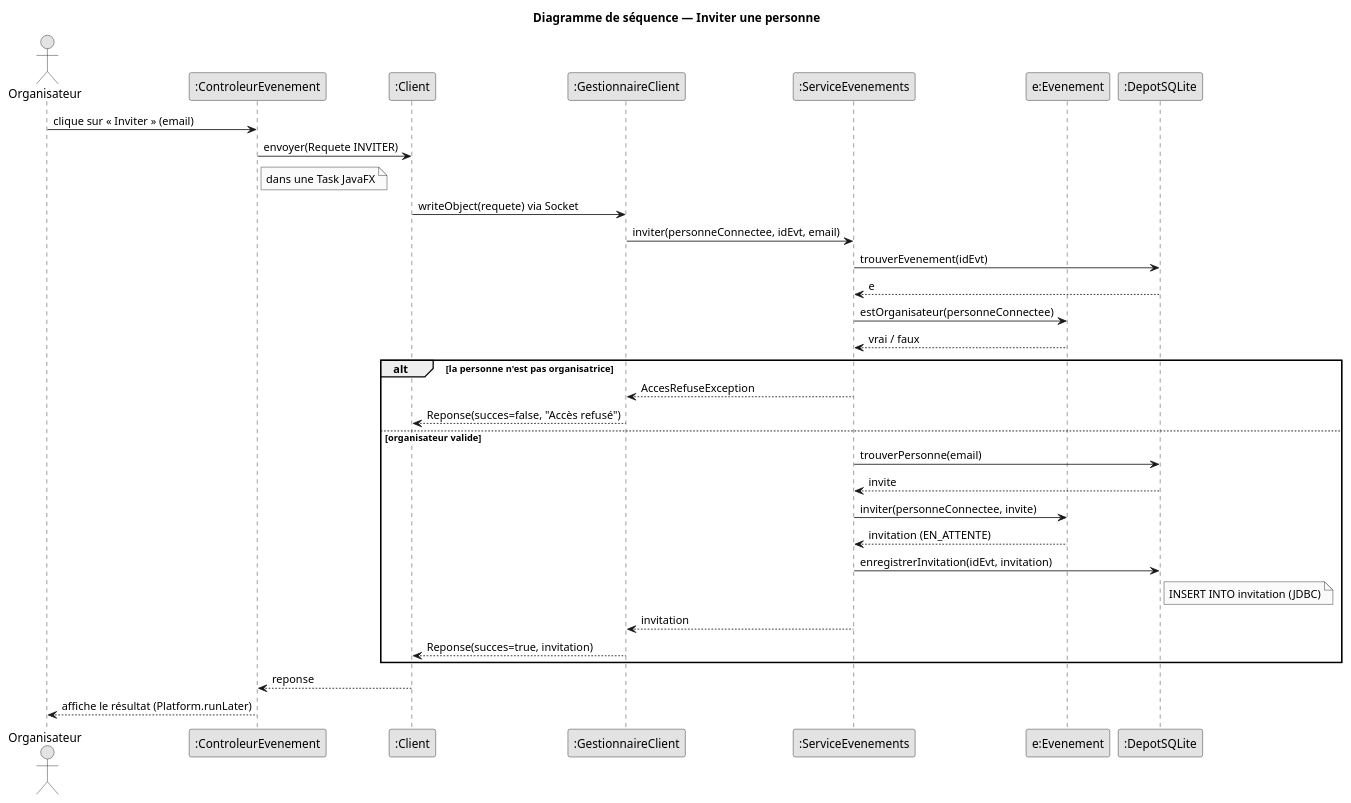
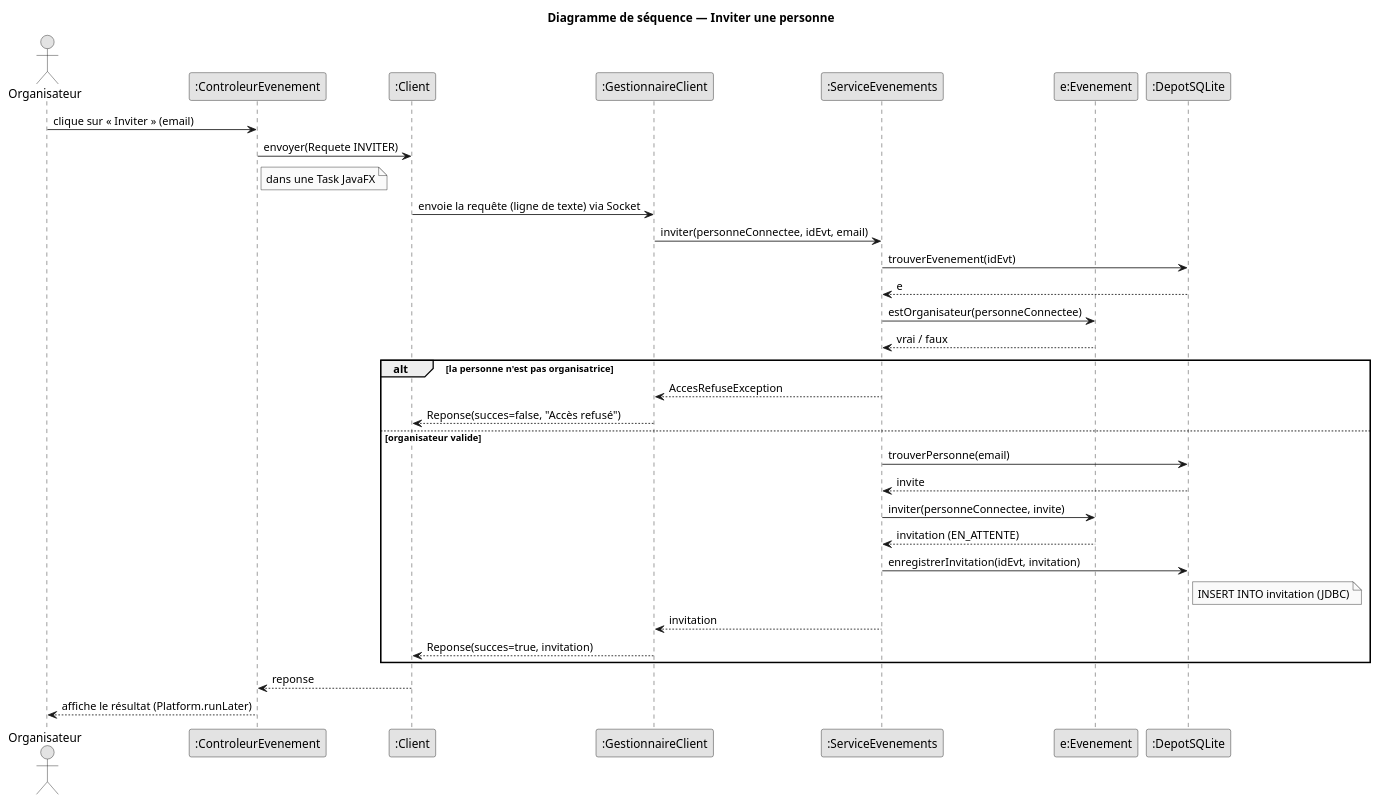
The diagram in doc/uml/sequence-invitation.puml (Tactiis239/gestion-event), drawn with PlantUML before and after one commit. The commit also changed 5 other files, not shown here.

```diff
--- a/doc/uml/sequence-invitation.puml
+++ b/doc/uml/sequence-invitation.puml
@@ -1,40 +1,40 @@
 @startuml sequence-invitation
 skinparam shadowing false
 skinparam monochrome true
 skinparam defaultFontName Helvetica
 
 title Diagramme de séquence — Inviter une personne
 
 actor Organisateur
 participant ":ControleurEvenement" as IHM
 participant ":Client" as C
 participant ":GestionnaireClient" as GC
 participant ":ServiceEvenements" as S
 participant "e:Evenement" as E
 participant ":DepotSQLite" as D
 
 Organisateur -> IHM : clique sur « Inviter » (email)
 IHM -> C : envoyer(Requete INVITER)
 note right of IHM : dans une Task JavaFX
-C -> GC : writeObject(requete) via Socket
+C -> GC : envoie la requête (ligne de texte) via Socket
 GC -> S : inviter(personneConnectee, idEvt, email)
 S -> D : trouverEvenement(idEvt)
 D --> S : e
 S -> E : estOrganisateur(personneConnectee)
 E --> S : vrai / faux
 alt la personne n'est pas organisatrice
   S --> GC : AccesRefuseException
   GC --> C : Reponse(succes=false, "Accès refusé")
 else organisateur valide
   S -> D : trouverPersonne(email)
   D --> S : invite
   S -> E : inviter(personneConnectee, invite)
   E --> S : invitation (EN_ATTENTE)
   S -> D : enregistrerInvitation(idEvt, invitation)
   note right of D : INSERT INTO invitation (JDBC)
   S --> GC : invitation
   GC --> C : Reponse(succes=true, invitation)
 end
 C --> IHM : reponse
 IHM --> Organisateur : affiche le résultat (Platform.runLater)
 @enduml
```
